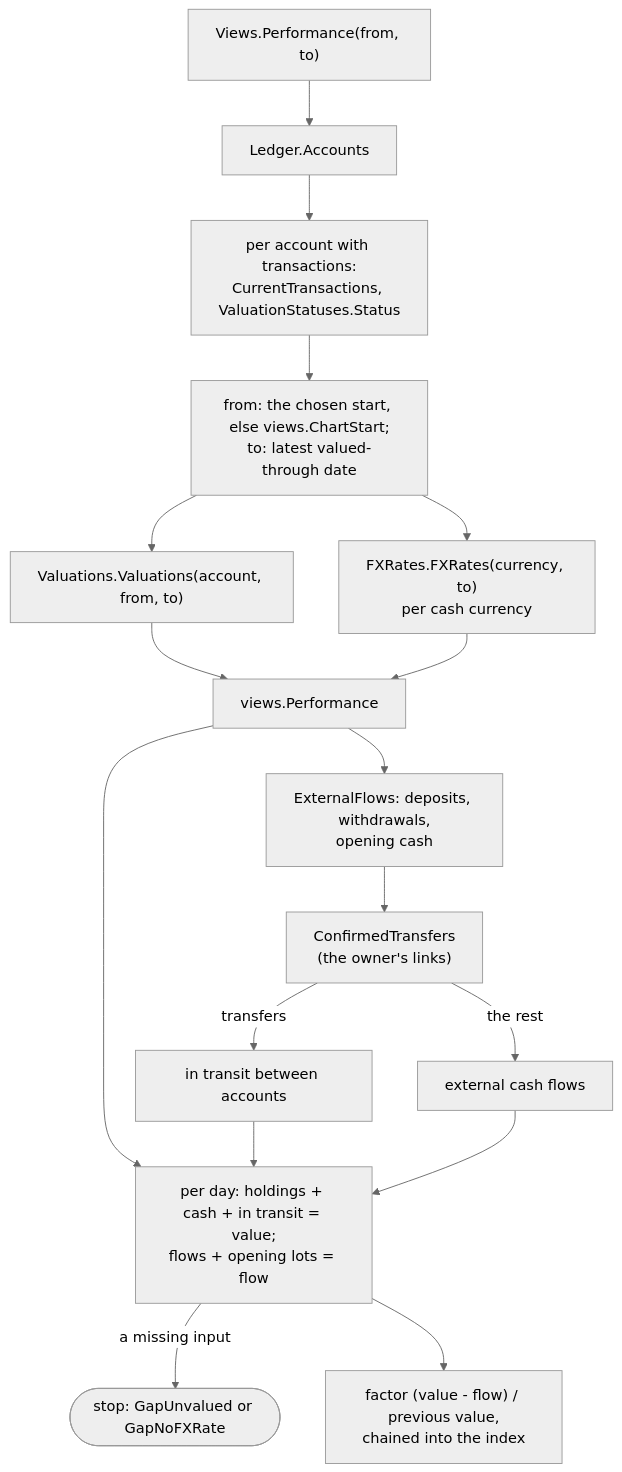
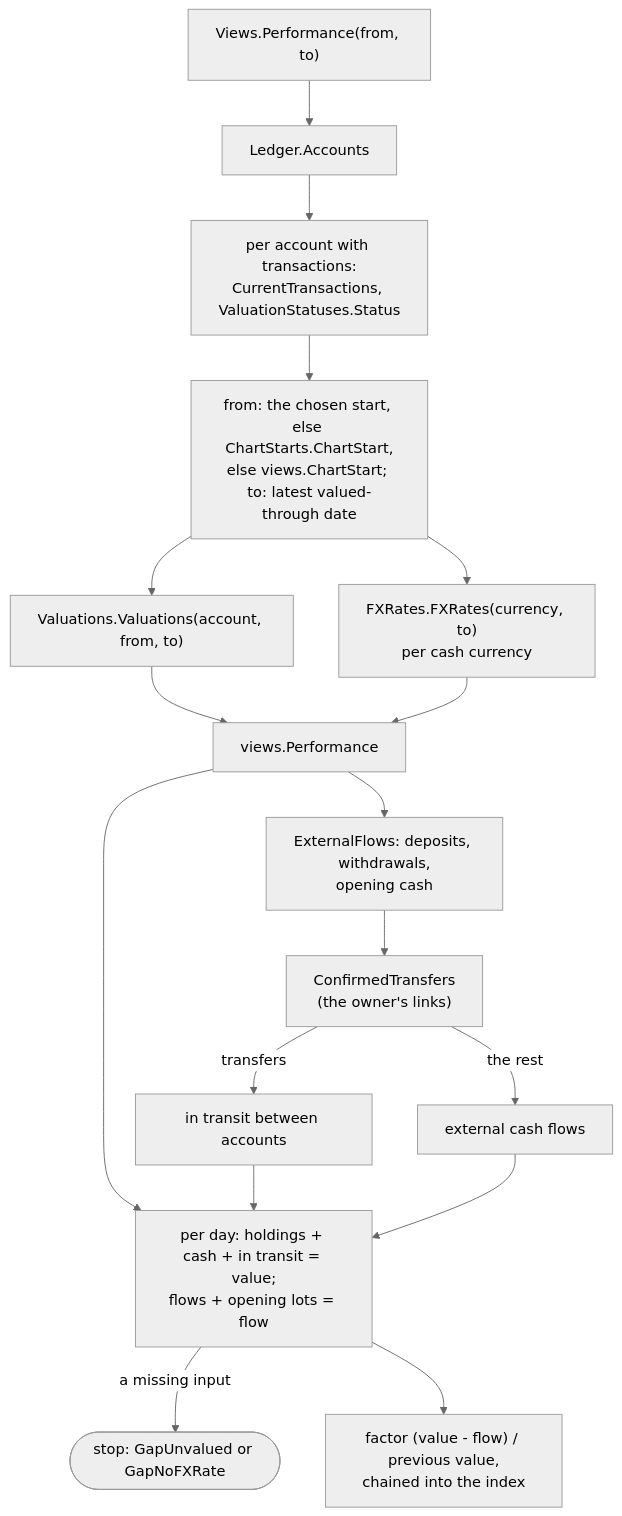
The fourth of 4 diagrams in docs/concepts/read-api.md (arkadiuss/openfief), drawn with Mermaid (neutral theme) before and after one commit. The commit also changed other lines of this file and 167 other files, not shown here.

````diff
--- a/docs/concepts/read-api.md
+++ b/docs/concepts/read-api.md
@@ -213,17 +213,17 @@
 ```mermaid
 flowchart TD
   start["Views.Performance(from, to)"] --> accts["Ledger.Accounts"]
   accts --> each["per account with transactions:<br/>CurrentTransactions, ValuationStatuses.Status"]
-  each --> range["from: the chosen start, else views.ChartStart;<br/>to: latest valued-through date"]
+  each --> range["from: the chosen start, else ChartStarts.ChartStart,<br/>else views.ChartStart; to: latest valued-through date"]
   range --> vals["Valuations.Valuations(account, from, to)"]
   range --> rates["FXRates.FXRates(currency, to)<br/>per cash currency"]
   vals & rates --> perf["views.Performance"]
   perf --> flows["ExternalFlows: deposits, withdrawals,<br/>opening cash"]
   flows --> match["ConfirmedTransfers<br/>(the owner's links)"]
   match -- "transfers" --> transit["in transit between accounts"]
   match -- "the rest" --> ext["external cash flows"]
   perf --> days["per day: holdings + cash + in transit = value;<br/>flows + opening lots = flow"]
   transit & ext --> days
   days -- "a missing input" --> gap(["stop: GapUnvalued or GapNoFXRate"])
   days --> chain["factor (value - flow) / previous value,<br/>chained into the index"]
 ```
````
